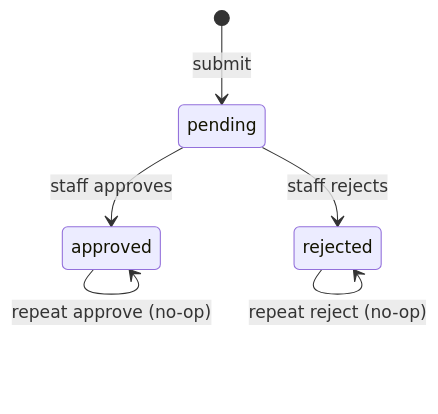
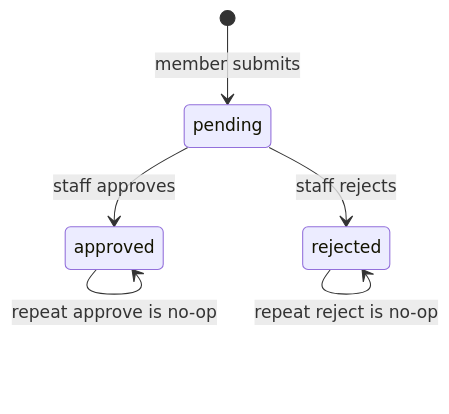
Before and after one commit to Scumbagsss/priority-access-bot: the diagram in docs/API_DEMO.md, drawn with Mermaid. The commit also changed other lines of this file and 7 other files, not shown here.

````diff
--- a/docs/API_DEMO.md
+++ b/docs/API_DEMO.md
@@ -14,8 +53,8 @@
 ```mermaid
 stateDiagram-v2
-  [*] --> pending: submit
+  [*] --> pending: member submits
   pending --> approved: staff approves
   pending --> rejected: staff rejects
-  approved --> approved: repeat approve (no-op)
-  rejected --> rejected: repeat reject (no-op)
+  approved --> approved: repeat approve is no-op
+  rejected --> rejected: repeat reject is no-op
 ```
````
